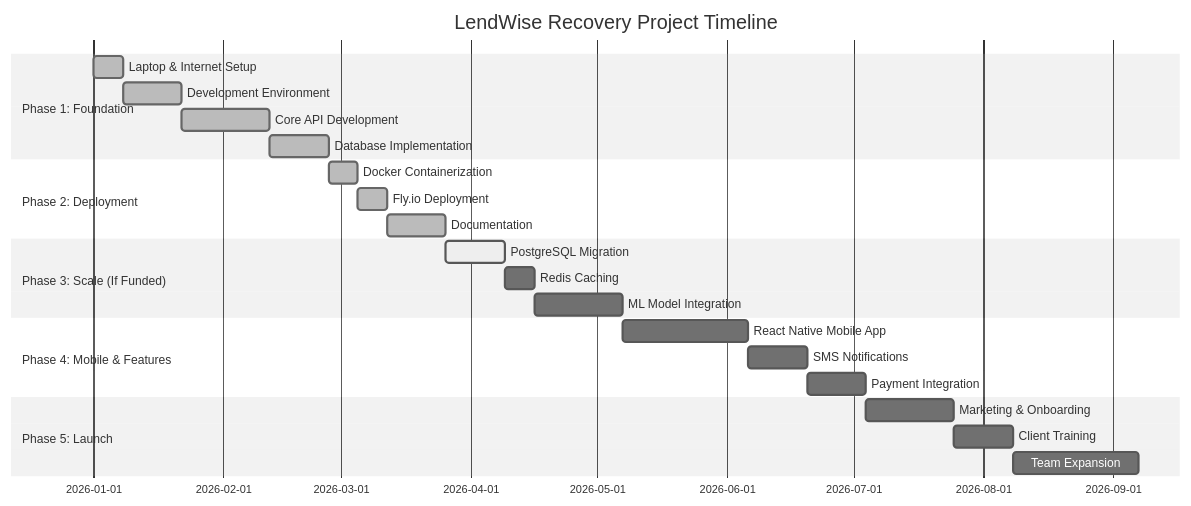
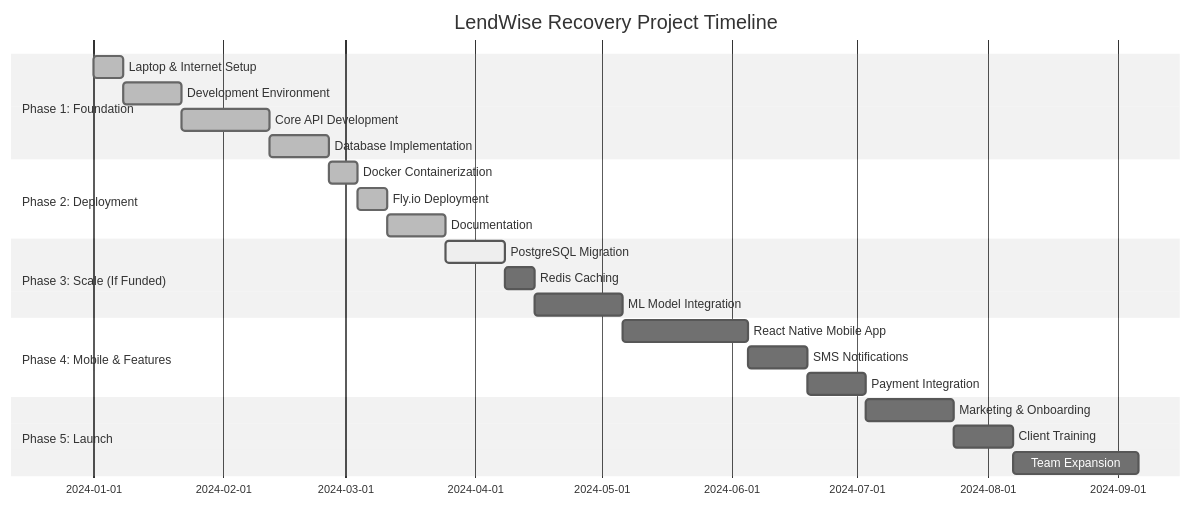
Before and after one commit to Lil-mast/smart-loan-recovery: the diagram in docs/BUDGET.md, drawn with Mermaid (neutral theme). The commit also changed other lines of this file and 1 other file, not shown here.

Commit message:
docs: updates Budget docs
LiveReview Pre-Commit Check: ran (iter:1, coverage:0%)

````diff
--- a/docs/BUDGET.md
+++ b/docs/BUDGET.md
@@ -25,30 +27,30 @@
 ```mermaid
 gantt
     title LendWise Recovery Project Timeline
     dateFormat YYYY-MM-DD
     section Phase 1: Foundation
-    Laptop & Internet Setup     :done, p1, 2026-01-01, 7d
+    Laptop & Internet Setup     :done, p1, 2024-01-01, 7d
     Development Environment     :done, p2, after p1, 14d
     Core API Development        :done, p3, after p2, 21d
     Database Implementation     :done, p4, after p3, 14d
     
     section Phase 2: Deployment
     Docker Containerization     :done, p5, after p4, 7d
     Fly.io Deployment           :done, p6, after p5, 7d
     Documentation               :done, p7, after p6, 14d
     
     section Phase 3: Scale (If Funded)
     PostgreSQL Migration        :active, p8, after p7, 14d
     Redis Caching               :p9, after p8, 7d
     ML Model Integration        :p10, after p9, 21d
     
     section Phase 4: Mobile & Features
     React Native Mobile App     :p11, after p10, 30d
     SMS Notifications           :p12, after p11, 14d
     Payment Integration         :p13, after p12, 14d
     
     section Phase 5: Launch
     Marketing & Onboarding      :p14, after p13, 21d
     Client Training             :p15, after p14, 14d
     Team Expansion              :p16, after p15, 30d
 ```
````
